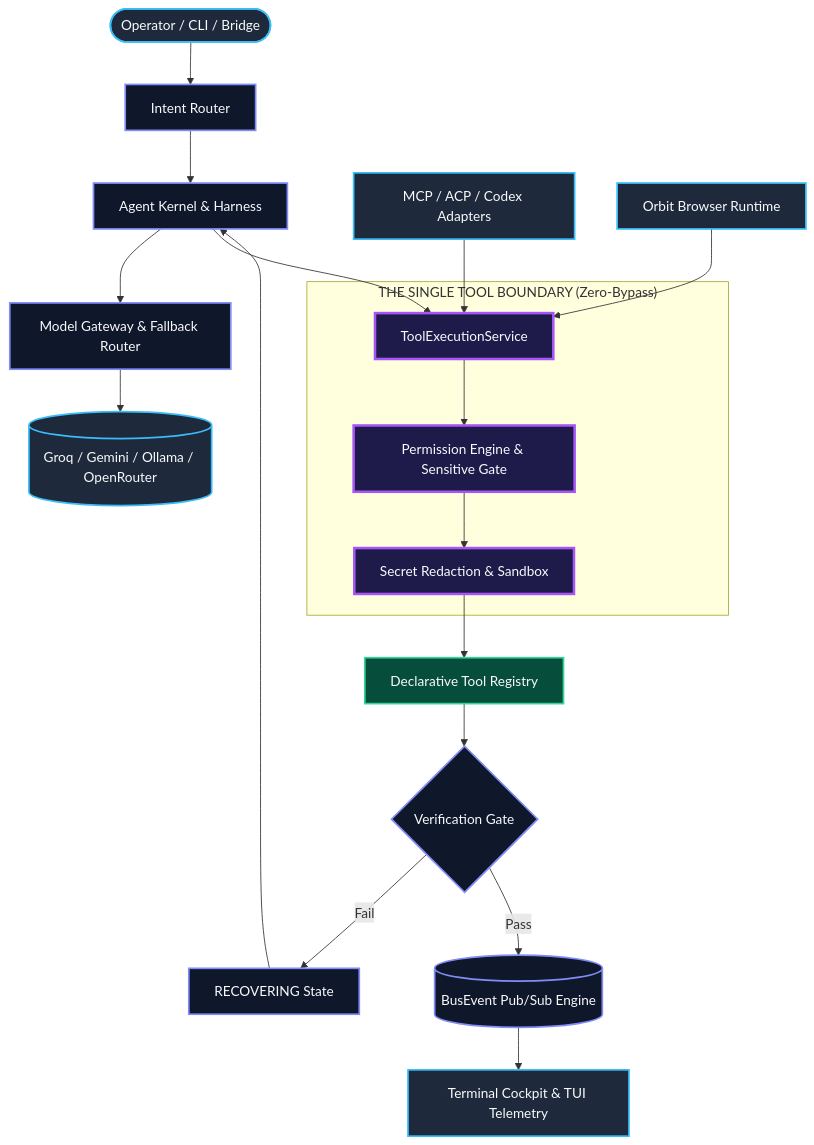
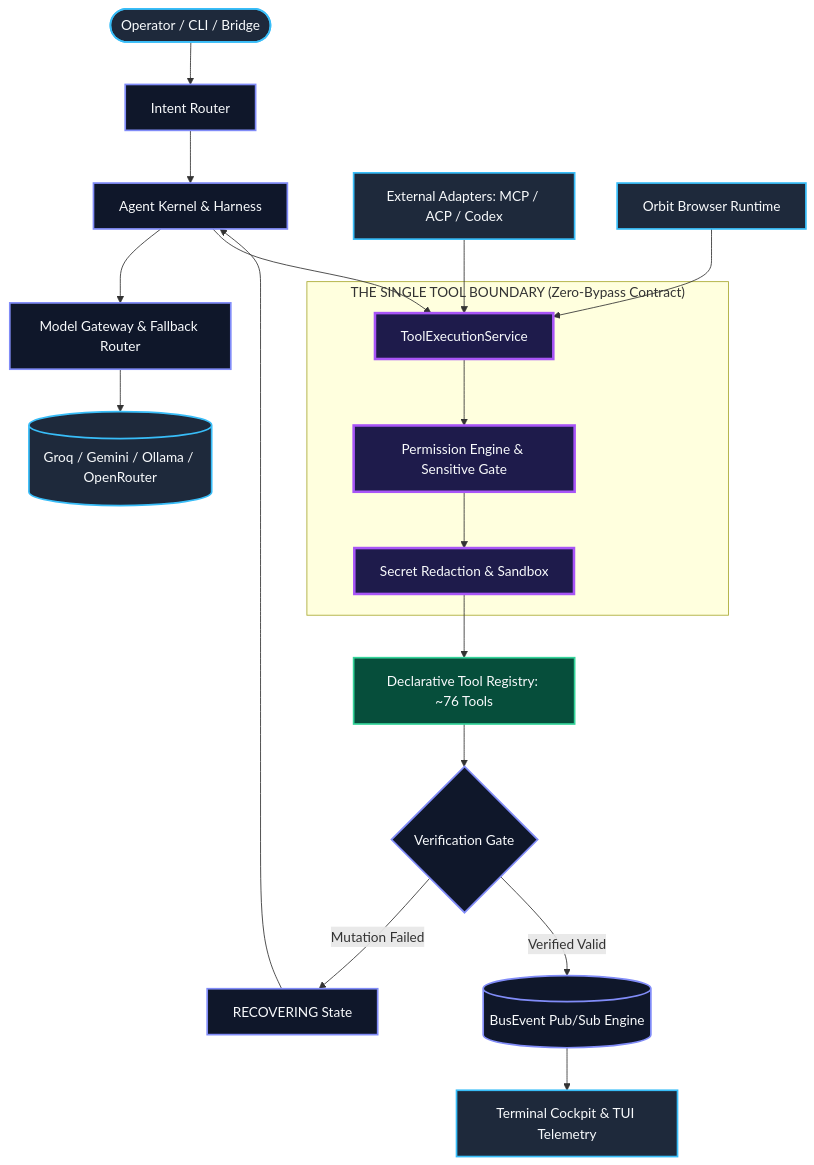
One commit to Railgunonyx1/JARVIS changed the first of 2 diagrams in README.md. Above: the diagram before and after it, drawn with Mermaid. The commit also changed other lines of this file and 6 other files, not shown here.

````diff
--- a/README.md
+++ b/README.md
@@ -86,31 +125,31 @@
 ```mermaid
 flowchart TD
     classDef client fill:#1E293B,stroke:#38BDF8,stroke-width:2px,color:#F8FAFC;
     classDef core fill:#0F172A,stroke:#818CF8,stroke-width:2px,color:#F8FAFC;
     classDef boundary fill:#1E1B4B,stroke:#A855F7,stroke-width:3px,color:#F8FAFC;
     classDef target fill:#064E3B,stroke:#34D399,stroke-width:2px,color:#F8FAFC;
 
     User([Operator / CLI / Bridge]):::client --> Intent[Intent Router]:::core
     Intent --> Loop[Agent Kernel & Harness]:::core
     Loop --> Gateway[Model Gateway & Fallback Router]:::core
     Gateway --> Providers[(Groq / Gemini / Ollama / OpenRouter)]:::client
 
-    subgraph Boundary [" THE SINGLE TOOL BOUNDARY (Zero-Bypass) "]
+    subgraph Boundary [" THE SINGLE TOOL BOUNDARY (Zero-Bypass Contract) "]
         TES[ToolExecutionService]:::boundary
         Perm[Permission Engine & Sensitive Gate]:::boundary
         Sanitize[Secret Redaction & Sandbox]:::boundary
         TES --> Perm --> Sanitize
     end
 
     Loop --> TES
-    Protocols[MCP / ACP / Codex Adapters]:::client --> TES
+    Protocols[External Adapters: MCP / ACP / Codex]:::client --> TES
     Orbit[Orbit Browser Runtime]:::client --> TES
 
-    Sanitize --> Tools[Declarative Tool Registry]:::target
+    Sanitize --> Tools[Declarative Tool Registry: ~76 Tools]:::target
     Tools --> Verification{Verification Gate}:::core
     
-    Verification -- Fail --> Recovery[RECOVERING State]:::core
+    Verification -- Mutation Failed --> Recovery[RECOVERING State]:::core
     Recovery --> Loop
-    Verification -- Pass --> EventBus[(BusEvent Pub/Sub Engine)]:::core
+    Verification -- Verified Valid --> EventBus[(BusEvent Pub/Sub Engine)]:::core
     EventBus --> Telemetry[Terminal Cockpit & TUI Telemetry]:::client
 ```
````
